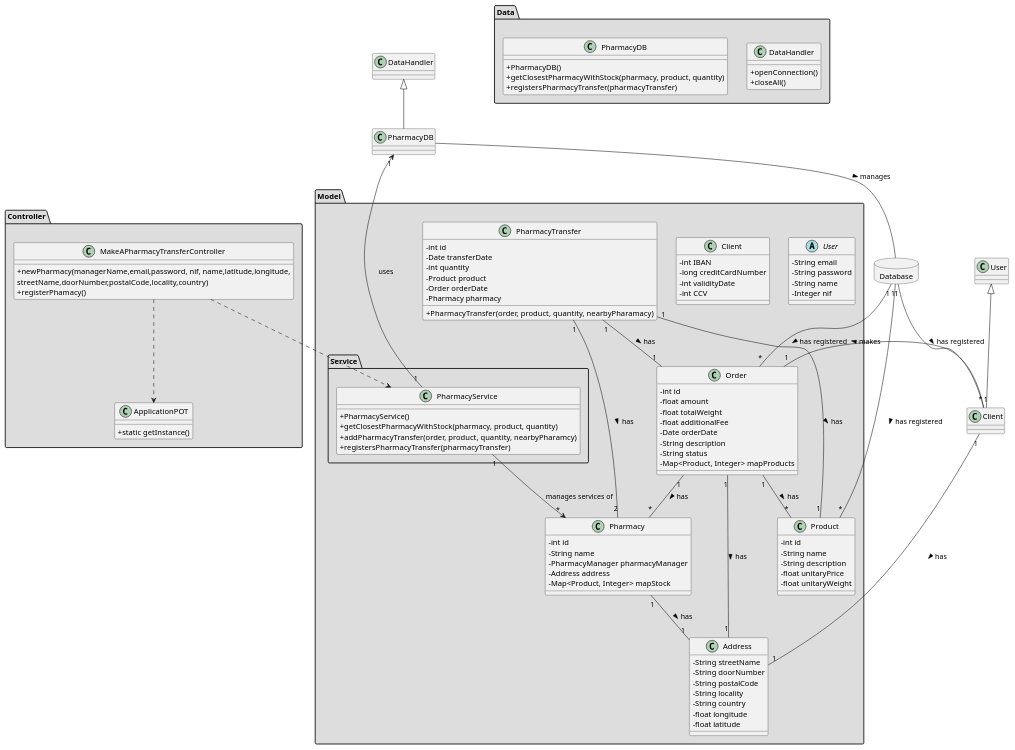
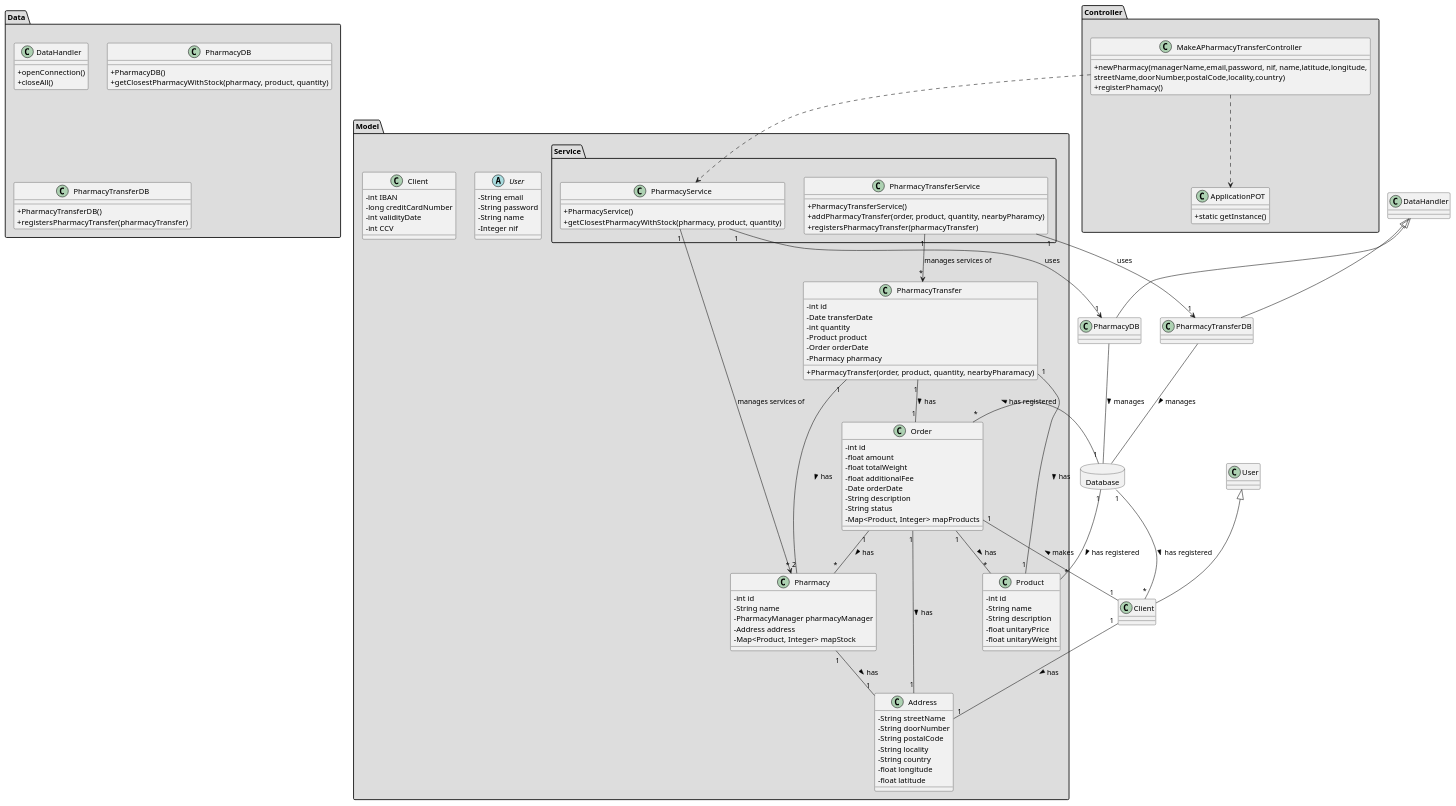
One commit to tiagoavcosta25/LAPR3 changed the diagram in docs/Iteration 2/Pharmacy Management/US200_MakeAPharmacyTransfer/US200_CD.puml. Above: the diagram before and after it, drawn with PlantUML. The commit also changed 13 other files, not shown here.

Commit message:
LAPR2AP2-233 #developing Make A Pharmacy Transfer [Implementation]

```diff
--- a/docs/Iteration 2/Pharmacy Management/US200_MakeAPharmacyTransfer/US200_CD.puml
+++ b/docs/Iteration 2/Pharmacy Management/US200_MakeAPharmacyTransfer/US200_CD.puml
@@ -1,128 +1,140 @@
 @startuml
 skinparam classAttributeIconSize 0
 
 package "Controller" #DDDDDD {
 class MakeAPharmacyTransferController{
 +newPharmacy(managerName,email,password, nif, name,latitude,longitude,\nstreetName,doorNumber,postalCode,locality,country)
 +registerPhamacy()
 }
 
 class ApplicationPOT
 {
   +static getInstance()
 }
 }
 
 package "Model" #DDDDDD {
 
 package "Service" #DDDDDD {
    class PharmacyService{
           +PharmacyService()
           +getClosestPharmacyWithStock(pharmacy, product, quantity)
-          +addPharmacyTransfer(order, product, quantity, nearbyPharamcy)
-          +registersPharmacyTransfer(pharmacyTransfer)
       }
+
+      class PharmacyTransferService{
+                +PharmacyTransferService()
+                +addPharmacyTransfer(order, product, quantity, nearbyPharamcy)
+                +registersPharmacyTransfer(pharmacyTransfer)
+            }
  }
 
 abstract class User{
 -String email
 -String password
 -String name
 -Integer nif
 }
 
 class Client{
 -   int IBAN
 -   long creditCardNumber
 -   int validityDate
 -   int CCV
 }
 
 class Address{
 -   String streetName
 -   String doorNumber
 -   String postalCode
 -   String locality
 -   String country
 -   float longitude
 -   float latitude
 }
 
 class Pharmacy{
 -   int id
 -   String name
 -   PharmacyManager pharmacyManager
 -   Address address
 -   Map<Product, Integer> mapStock
 }
 
 class Order{
 -   int id
 -   float amount
 -   float totalWeight
 -   float additionalFee
 -   Date orderDate
 -   String description
 -   String status
 -   Map<Product, Integer> mapProducts
 }
 
 class Product{
 -   int id
 -   String name
 -   String description
 -   float unitaryPrice
 -   float unitaryWeight
 }
 
 class PharmacyTransfer{
 -   int id
 -   Date transferDate
 -   int quantity
 -   Product product
 -   Order orderDate
 -   Pharmacy pharmacy
 +PharmacyTransfer(order, product, quantity, nearbyPharamacy)
 }
 
 }
 
 
 package "Data" #DDDDDD {
 class DataHandler{
     +openConnection()
     +closeAll()
 }
 
 class PharmacyDB{
           +PharmacyDB()
           +getClosestPharmacyWithStock(pharmacy, product, quantity)
-          +registersPharmacyTransfer(pharmacyTransfer)
       }
+
+      class PharmacyTransferDB{
+                +PharmacyTransferDB()
+                +registersPharmacyTransfer(pharmacyTransfer)
+            }
 }
 
 database Database {
 }
 
 class PharmacyDB extends DataHandler
+class PharmacyTransferDB extends DataHandler
 class Client extends User
 
 MakeAPharmacyTransferController ..> ApplicationPOT
 MakeAPharmacyTransferController ..> PharmacyService
 Database "1" -- "*" Order : has registered >
 Database "1" -- "*" Product : has registered >
 Database "1" -- "*" Client : has registered >
 PharmacyDB -- Database : manages >
+PharmacyTransferDB -- Database : manages >
 PharmacyService "1" --> "*" Pharmacy : manages services of
 PharmacyService "1" --> "1" PharmacyDB : uses
+PharmacyTransferService "1" --> "*" PharmacyTransfer : manages services of
+PharmacyTransferService "1" --> "1" PharmacyTransferDB : uses
 Pharmacy "1" -- "1" Address : has >
 Order "1" -- "*" Product : has >
 Order "1" -- "*" Pharmacy : has >
 Client "1" -- "1" Order : makes >
 Client "1" -- "1" Address : has >
 Order "1" -- "1" Address : has >
 PharmacyTransfer "1" -- "2" Pharmacy : has >
 PharmacyTransfer "1" -- "1" Product : has >
 PharmacyTransfer "1" -- "1" Order : has >
 
 @enduml
```
